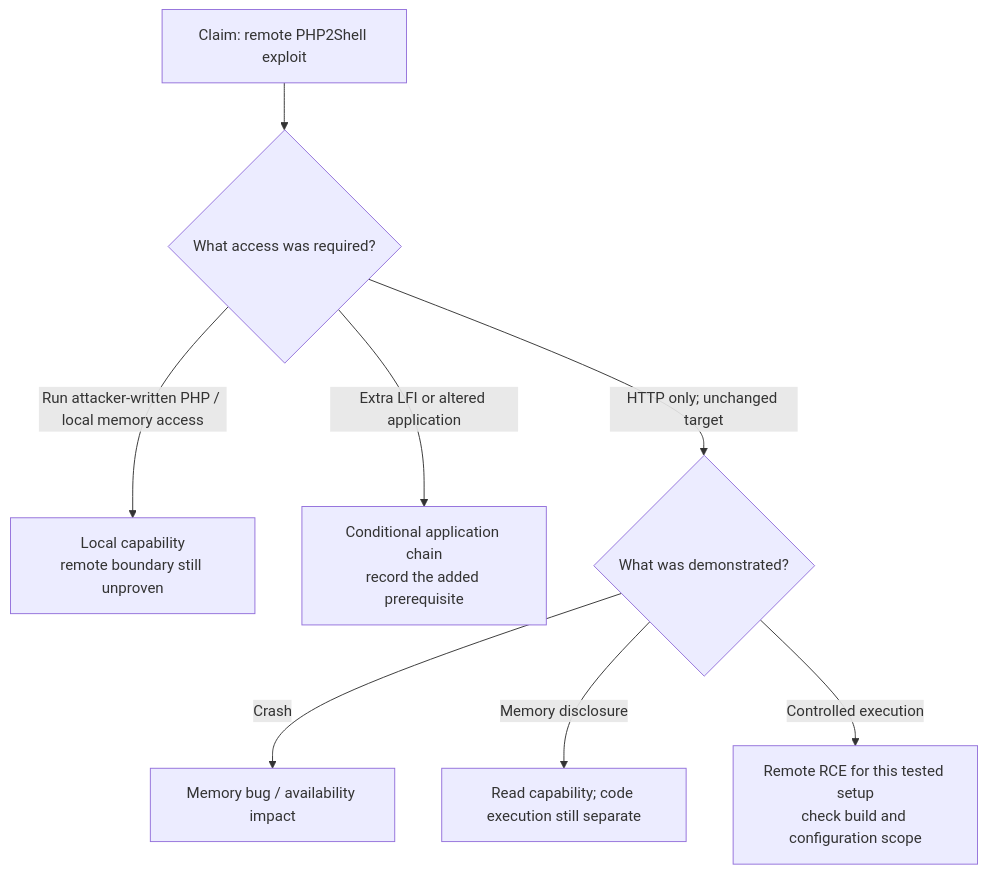
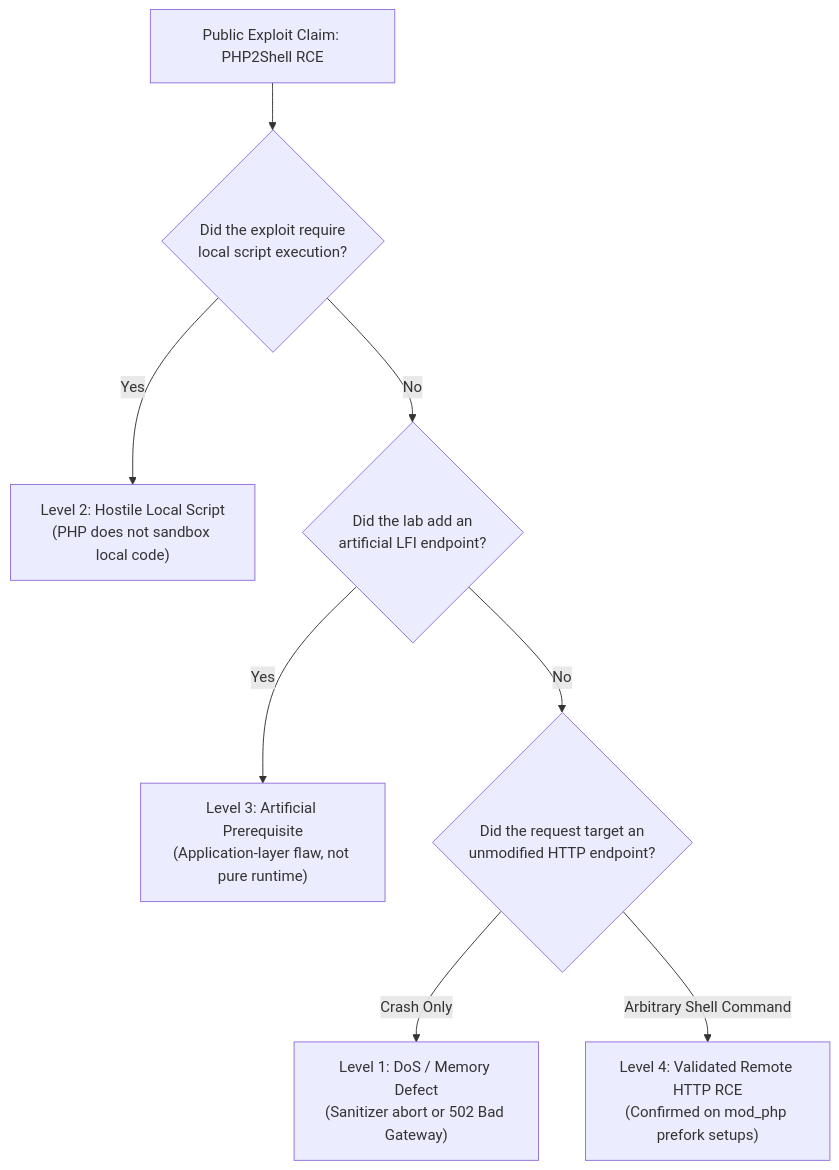
Before and after one commit to rsrini7/Learnings: the diagram in News/Security/PHP2Shell-Exploit-Debate-Threat-Models-And-Patch-Status-Oct-2026.md, drawn with Mermaid. The commit also changed other lines of this file and 5 other files, not shown here.

Commit message:
docs(security): add three new security architecture diagrams

````diff
--- a/News/Security/PHP2Shell-Exploit-Debate-Threat-Models-And-Patch-Status-Oct-2026.md
+++ b/News/Security/PHP2Shell-Exploit-Debate-Threat-Models-And-Patch-Status-Oct-2026.md
@@ -82,10 +92,10 @@
 ```mermaid
 flowchart TD
-    A["Claim: remote PHP2Shell exploit"] --> B{"What access was required?"}
-    B -->|"Run attacker-written PHP / local memory access"| C["Local capability<br/>remote boundary still unproven"]
-    B -->|"Extra LFI or altered application"| D["Conditional application chain<br/>record the added prerequisite"]
-    B -->|"HTTP only; unchanged target"| E{"What was demonstrated?"}
-    E -->|"Crash"| F["Memory bug / availability impact"]
-    E -->|"Memory disclosure"| G["Read capability; code execution still separate"]
-    E -->|"Controlled execution"| H["Remote RCE for this tested setup<br/>check build and configuration scope"]
+    A["Public Exploit Claim: PHP2Shell RCE"] --> B{"Did the exploit require<br/>local script execution?"}
+    B -->|Yes| C["Level 2: Hostile Local Script<br/>(PHP does not sandbox local code)"]
+    B -->|No| D{"Did the lab add an<br/>artificial LFI endpoint?"}
+    D -->|Yes| E["Level 3: Artificial Prerequisite<br/>(Application-layer flaw, not pure runtime)"]
+    D -->|No| F{"Did the request target an<br/>unmodified HTTP endpoint?"}
+    F -->|Crash Only| G["Level 1: DoS / Memory Defect<br/>(Sanitizer abort or 502 Bad Gateway)"]
+    F -->|Arbitrary Shell Command| H["Level 4: Validated Remote HTTP RCE<br/>(Confirmed on mod_php prefork setups)"]
 ```
````
